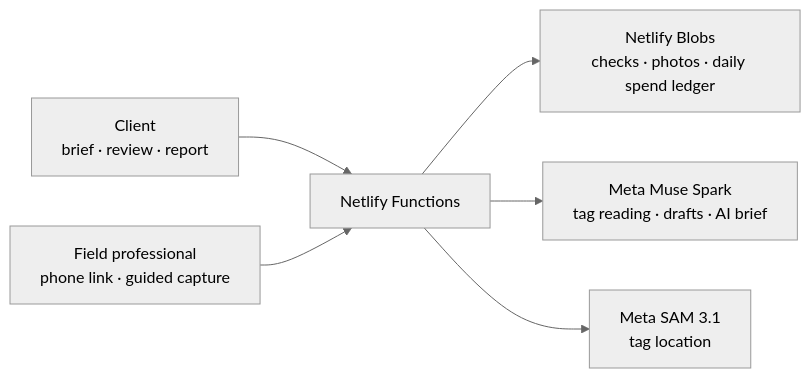
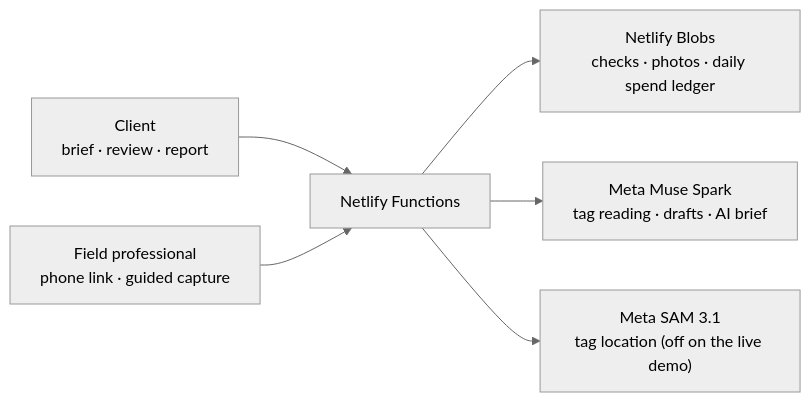
The diagram in README.md (TengKianBoon/fieldproof), drawn with Mermaid (neutral theme) before and after one commit. The commit also changed other lines of this file, not shown here.

````diff
--- a/README.md
+++ b/README.md
@@ -81,8 +88,8 @@
 ```mermaid
 flowchart LR
     client["Client<br/>brief · review · report"] --> api["Netlify Functions"]
     field["Field professional<br/>phone link · guided capture"] --> api
     api --> blobs["Netlify Blobs<br/>checks · photos · daily spend ledger"]
     api --> spark["Meta Muse Spark<br/>tag reading · drafts · AI brief"]
-    api --> sam["Meta SAM 3.1<br/>tag location"]
+    api --> sam["Meta SAM 3.1<br/>tag location (off on the live demo)"]
 ```
````
